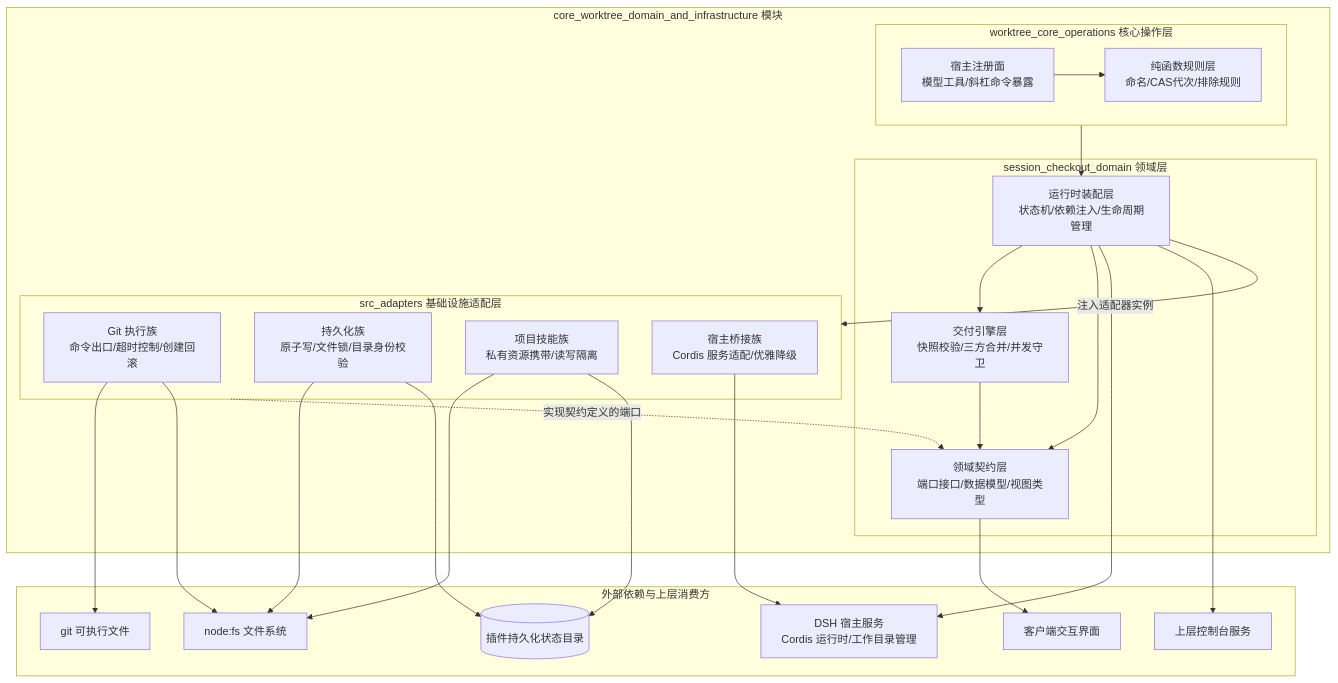
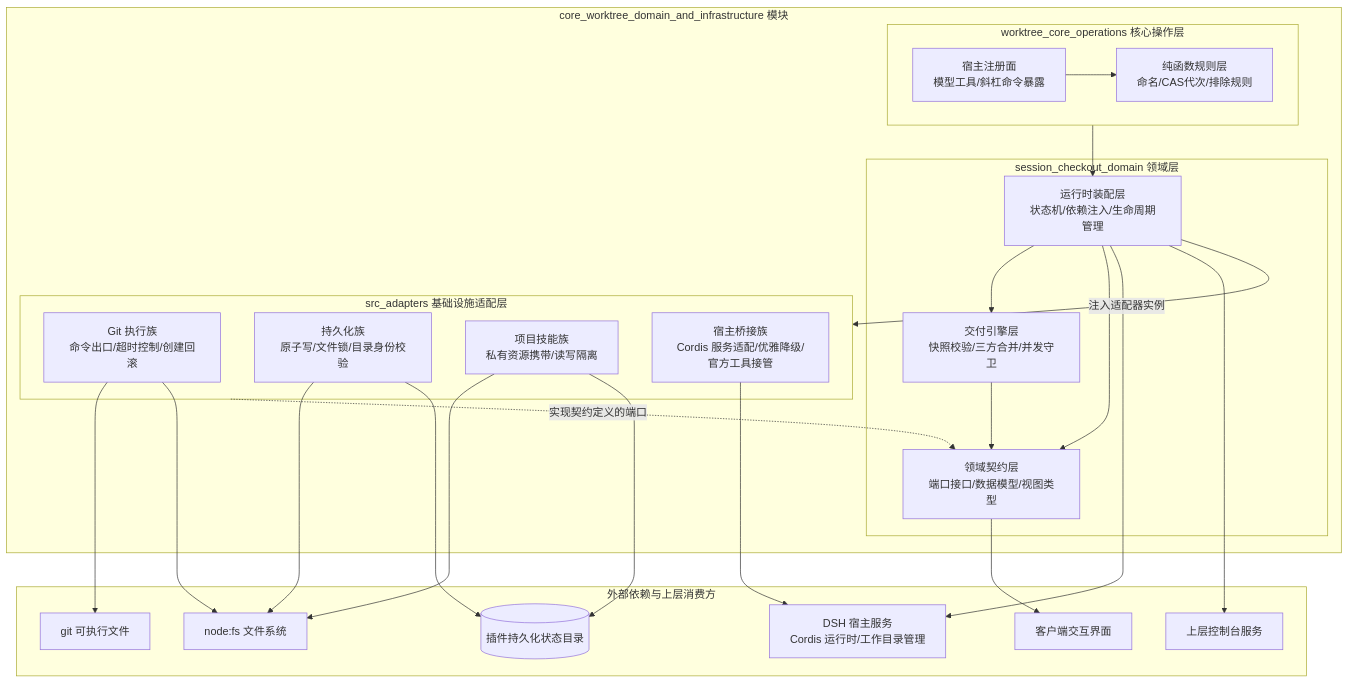
One commit to ikliml666/dsh-git-workspace changed the diagram in .codewiki/modules/core-worktree-domain-and-infrastructure.md. Above: the diagram before and after it, drawn with Mermaid. The commit also changed other lines of this file and 28 other files, not shown here.

````diff
--- a/.codewiki/modules/core-worktree-domain-and-infrastructure.md
+++ b/.codewiki/modules/core-worktree-domain-and-infrastructure.md
@@ -47,49 +49,49 @@
 ```mermaid
 flowchart TB
     subgraph CORE["core_worktree_domain_and_infrastructure 模块"]
         subgraph DOMAIN["session_checkout_domain 领域层"]
             CONTRACTS["领域契约层<br/>端口接口/数据模型/视图类型"]
             ENGINE["交付引擎层<br/>快照校验/三方合并/并发守卫"]
             RUNTIME["运行时装配层<br/>状态机/依赖注入/生命周期管理"]
         end
 
         subgraph ADAPTERS["src_adapters 基础设施适配层"]
             GITAD["Git 执行族<br/>命令出口/超时控制/创建回滚"]
             PERSISTAD["持久化族<br/>原子写/文件锁/目录身份校验"]
             SKILLAD["项目技能族<br/>私有资源携带/读写隔离"]
-            HOSTAD["宿主桥接族<br/>Cordis 服务适配/优雅降级"]
+            HOSTAD["宿主桥接族<br/>Cordis 服务适配/优雅降级/官方工具接管"]
         end
 
         subgraph OPS["worktree_core_operations 核心操作层"]
             RULES["纯函数规则层<br/>命名/CAS代次/排除规则"]
             TOOLS["宿主注册面<br/>模型工具/斜杠命令暴露"]
         end
     end
 
     subgraph EXTERNAL["外部依赖与上层消费方"]
         HOST["DSH 宿主服务<br/>Cordis 运行时/工作目录管理"]
         GITBIN["git 可执行文件"]
         NODEFS["node:fs 文件系统"]
         DISK[("插件持久化状态目录")]
         CONSOLE["上层控制台服务"]
         CLIENT["客户端交互界面"]
     end
 
     RUNTIME --> ENGINE
     RUNTIME --> CONTRACTS
     ENGINE --> CONTRACTS
     ADAPTERS -. "实现契约定义的端口" .-> CONTRACTS
     RUNTIME -->|注入适配器实例| ADAPTERS
     OPS --> RUNTIME
     TOOLS --> RULES
     GITAD --> GITBIN
     GITAD --> NODEFS
     PERSISTAD --> NODEFS
     PERSISTAD --> DISK
     SKILLAD --> NODEFS
     SKILLAD --> DISK
     HOSTAD --> HOST
     RUNTIME --> HOST
     RUNTIME --> CONSOLE
     CONTRACTS --> CLIENT
 ```
````
